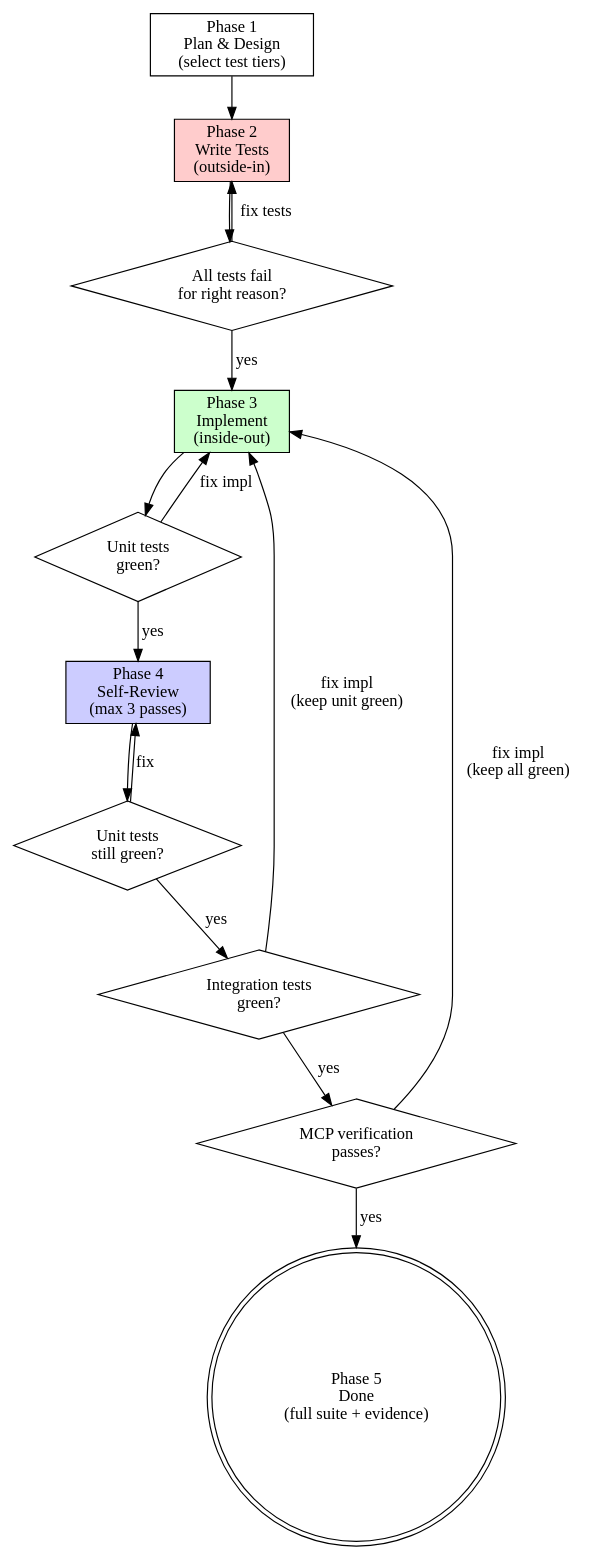
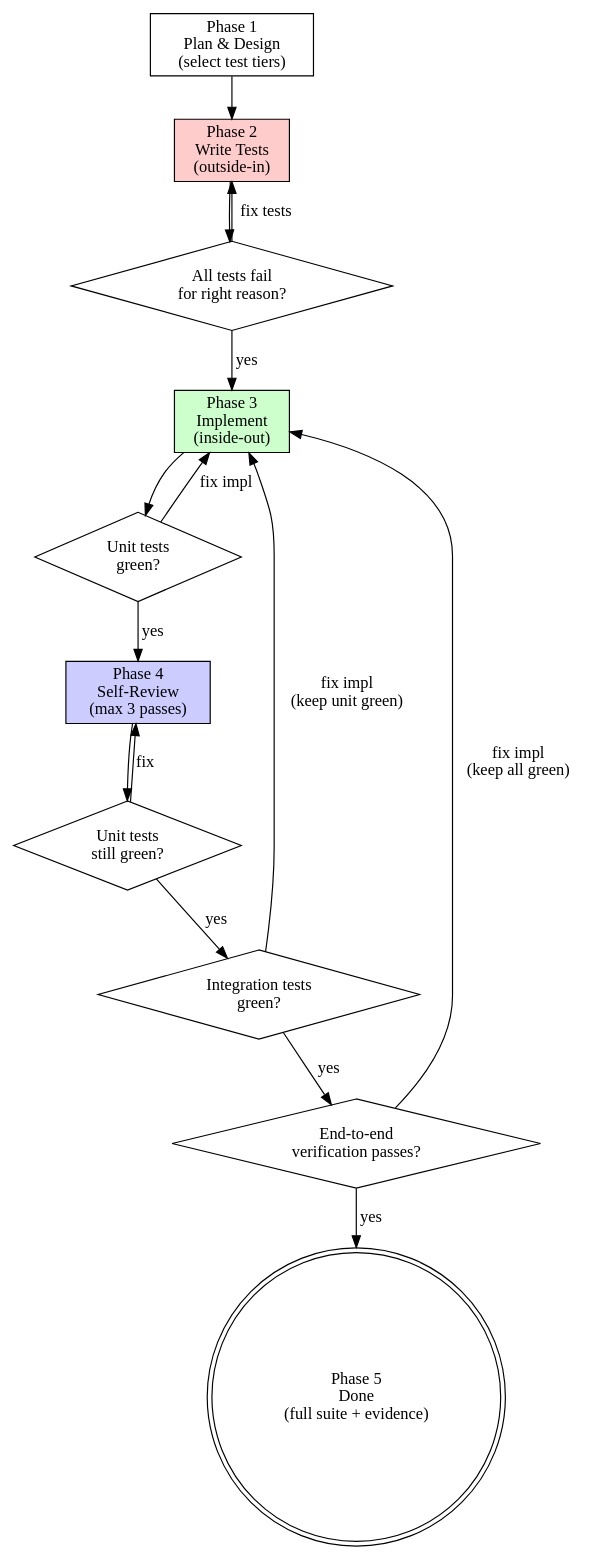
Before and after one commit to tadelv/reaprime: the diagram in .claude/skills/tdd-workflow/SKILL.md, drawn with Graphviz. The commit also changed other lines of this file and 3 other files, not shown here.

First line of the commit message:
docs: repoint verification + dev-loop guidance away from MCP

````diff
--- a/.claude/skills/tdd-workflow/SKILL.md
+++ b/.claude/skills/tdd-workflow/SKILL.md
@@ -28,31 +28,31 @@
 ```dot
 digraph tdd_workflow {
     rankdir=TB;
 
     plan [label="Phase 1\nPlan & Design\n(select test tiers)", shape=box];
     write_tests [label="Phase 2\nWrite Tests\n(outside-in)", shape=box, style=filled, fillcolor="#ffcccc"];
     verify_red [label="All tests fail\nfor right reason?", shape=diamond];
     implement [label="Phase 3\nImplement\n(inside-out)", shape=box, style=filled, fillcolor="#ccffcc"];
     unit_green [label="Unit tests\ngreen?", shape=diamond];
     self_review [label="Phase 4\nSelf-Review\n(max 3 passes)", shape=box, style=filled, fillcolor="#ccccff"];
     review_green [label="Unit tests\nstill green?", shape=diamond];
     integration_green [label="Integration tests\ngreen?", shape=diamond];
-    mcp_green [label="MCP verification\npasses?", shape=diamond];
+    e2e_green [label="End-to-end\nverification passes?", shape=diamond];
     done [label="Phase 5\nDone\n(full suite + evidence)", shape=doublecircle];
 
     plan -> write_tests;
     write_tests -> verify_red;
     verify_red -> implement [label="yes"];
     verify_red -> write_tests [label="fix tests"];
     implement -> unit_green;
     unit_green -> self_review [label="yes"];
     unit_green -> implement [label="fix impl"];
     self_review -> review_green;
     review_green -> integration_green [label="yes"];
     review_green -> self_review [label="fix"];
-    integration_green -> mcp_green [label="yes"];
+    integration_green -> e2e_green [label="yes"];
     integration_green -> implement [label="fix impl\n(keep unit green)"];
-    mcp_green -> done [label="yes"];
-    mcp_green -> implement [label="fix impl\n(keep all green)"];
+    e2e_green -> done [label="yes"];
+    e2e_green -> implement [label="fix impl\n(keep all green)"];
 }
 ```
````
